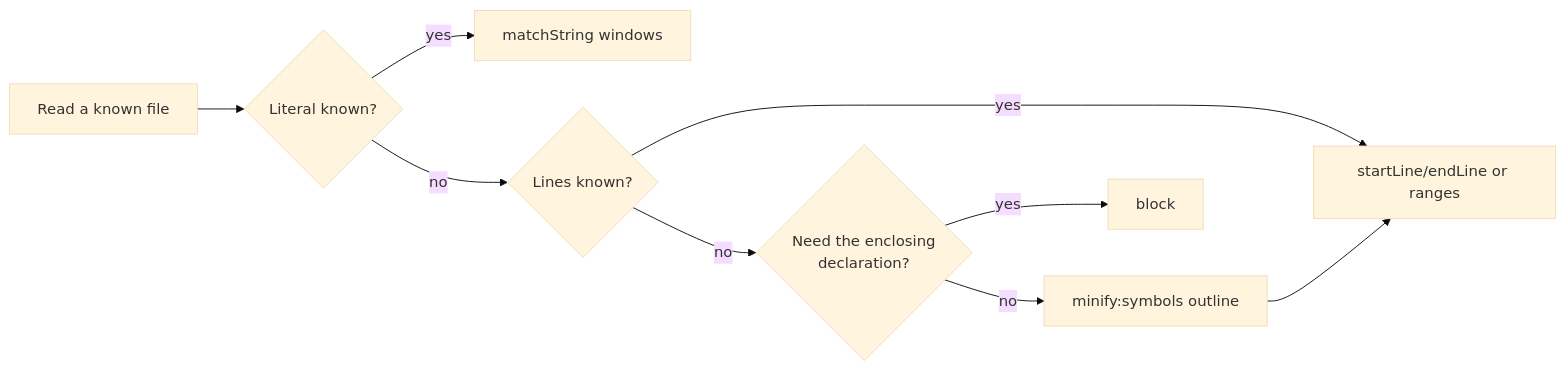
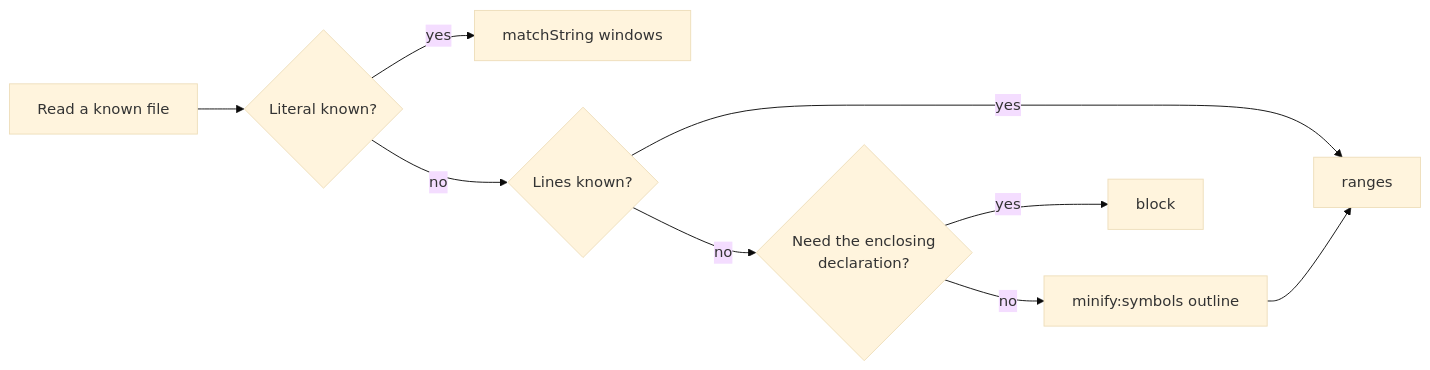
One commit to bgauryy/octocode changed the eighth of 11 diagrams in docs/OCTOCODE_WORKFLOWS.md. Above: the diagram before and after it, drawn with Mermaid (base theme). The commit also changed other lines of this file and 982 other files, not shown here.

````diff
--- a/docs/OCTOCODE_WORKFLOWS.md
+++ b/docs/OCTOCODE_WORKFLOWS.md
@@ -175,11 +242,11 @@
 ```mermaid
 flowchart LR
   Q[Read a known file] --> K{Literal known?}
   K -- yes --> M[matchString windows]
   K -- no --> L{Lines known?}
-  L -- yes --> R[startLine/endLine or ranges]
+  L -- yes --> R[ranges]
   L -- no --> B{Need the enclosing<br/>declaration?}
   B -- yes --> BL[block]
   B -- no --> S[minify:symbols outline]
   S --> R
 ```
````
